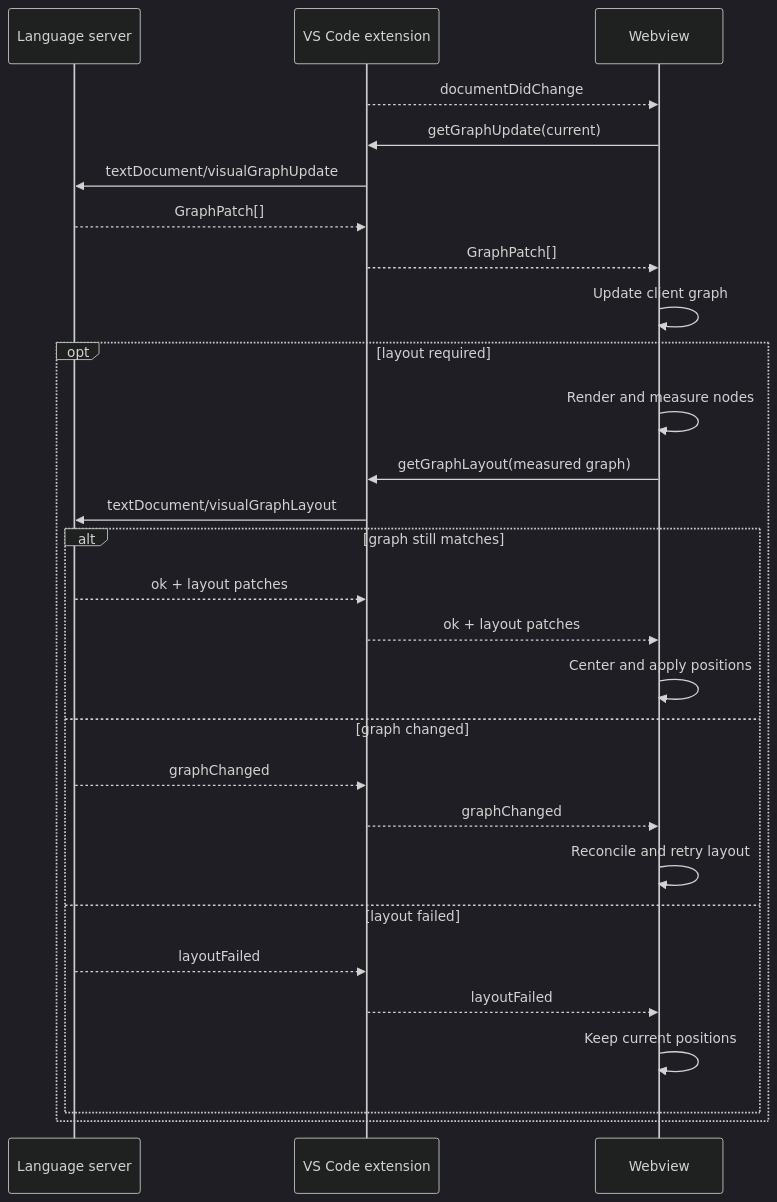
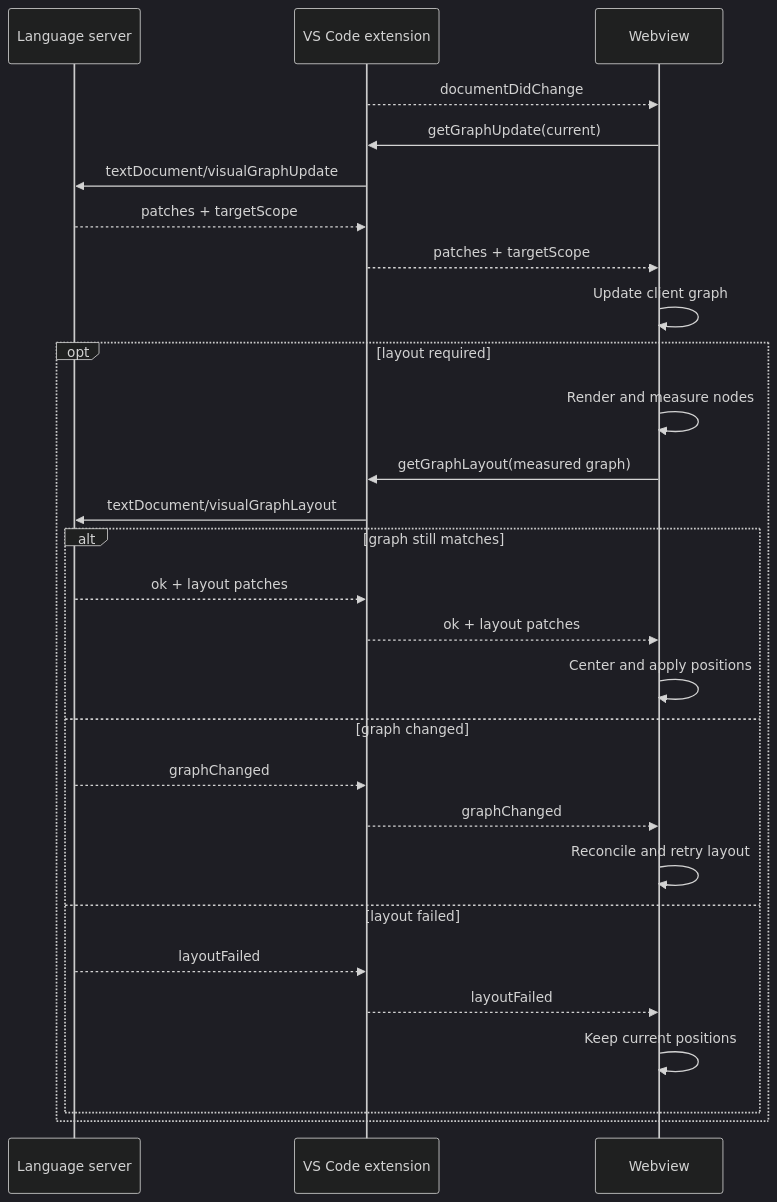
One commit to Azure/bicep changed the first of 2 diagrams in src/vscode-bicep-ui/apps/visual-designer/docs/architecture.md. Above: the diagram before and after it, drawn with Mermaid (dark theme). The commit also changed other lines of this file and 88 other files, not shown here.

````diff
--- a/src/vscode-bicep-ui/apps/visual-designer/docs/architecture.md
+++ b/src/vscode-bicep-ui/apps/visual-designer/docs/architecture.md
@@ -25,32 +25,32 @@
 ```mermaid
 sequenceDiagram
     participant LS as Language server
     participant Ext as VS Code extension
     participant UI as Webview
 
     Ext-->>UI: documentDidChange
     UI->>Ext: getGraphUpdate(current)
     Ext->>LS: textDocument/visualGraphUpdate
-    LS-->>Ext: GraphPatch[]
-    Ext-->>UI: GraphPatch[]
+    LS-->>Ext: patches + targetScope
+    Ext-->>UI: patches + targetScope
     UI->>UI: Update client graph
 
     opt layout required
         UI->>UI: Render and measure nodes
         UI->>Ext: getGraphLayout(measured graph)
         Ext->>LS: textDocument/visualGraphLayout
         alt graph still matches
             LS-->>Ext: ok + layout patches
             Ext-->>UI: ok + layout patches
             UI->>UI: Center and apply positions
         else graph changed
             LS-->>Ext: graphChanged
             Ext-->>UI: graphChanged
             UI->>UI: Reconcile and retry layout
         else layout failed
             LS-->>Ext: layoutFailed
             Ext-->>UI: layoutFailed
             UI->>UI: Keep current positions
         end
     end
 ```
````
